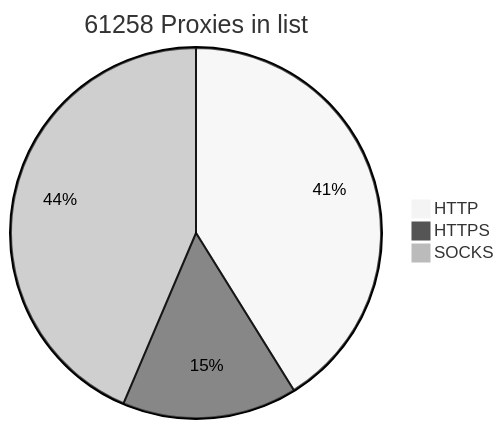
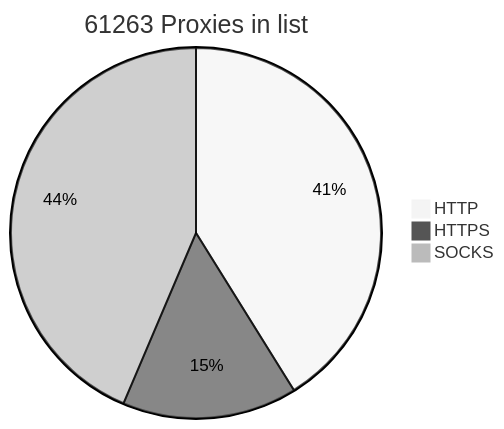
Before and after one commit to BlackSnowDot/proxylist-update-every-minute: the diagram in README.md, drawn with Mermaid (neutral theme).

````diff
--- a/README.md
+++ b/README.md
@@ -2,6 +2,6 @@
 ```mermaid
-pie title 61258 Proxies in list
-    "HTTP" : 28640
-    "HTTPS": 10624
-    "SOCKS" : 30351
+pie title 61263 Proxies in list
+    "HTTP" : 28641
+    "HTTPS": 10627
+    "SOCKS" : 30354
 ```
````
